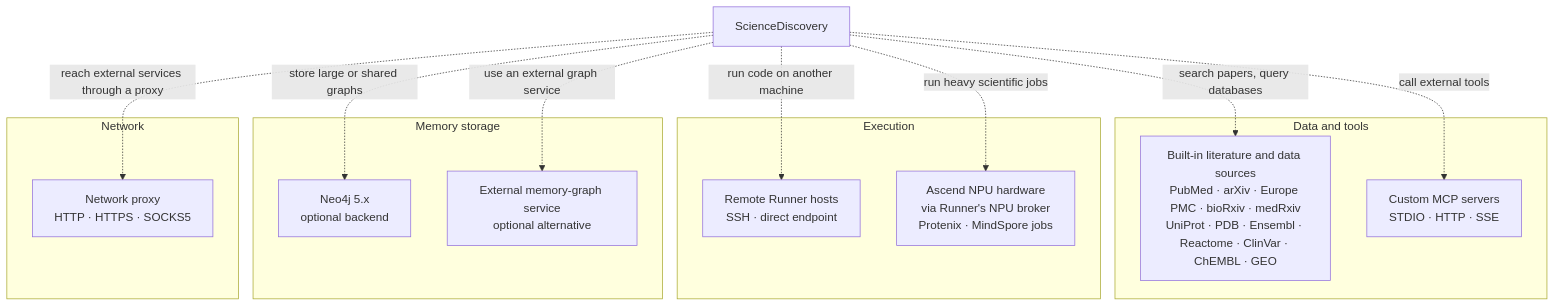
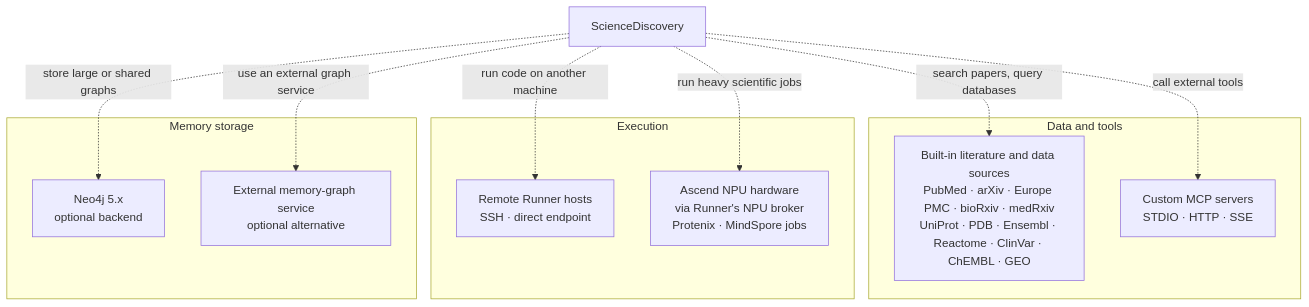
One commit to michaelatamuk/agentic-desk changed the second of 5 diagrams in company/sciencediscovery/overview.md. Above: the diagram before and after it, drawn with Mermaid. The commit also changed other lines of this file, not shown here.

Commit message:
docs(company): drop the generic network proxy from ScienceDiscovery extras

````diff
--- a/company/sciencediscovery/overview.md
+++ b/company/sciencediscovery/overview.md
@@ -80,31 +80,26 @@
 ```mermaid
 flowchart TD
   SD["ScienceDiscovery"]
 
   subgraph DATA["Data and tools"]
     L["Built-in literature and data sources<br/>PubMed · arXiv · Europe PMC · bioRxiv · medRxiv<br/>UniProt · PDB · Ensembl · Reactome · ClinVar · ChEMBL · GEO"]
     M["Custom MCP servers<br/>STDIO · HTTP · SSE"]
   end
 
   subgraph EXEC["Execution"]
     R["Remote Runner hosts<br/>SSH · direct endpoint"]
     NPU["Ascend NPU hardware<br/>via Runner's NPU broker<br/>Protenix · MindSpore jobs"]
   end
 
   subgraph MEM["Memory storage"]
     NEO["Neo4j 5.x<br/>optional backend"]
     EXT["External memory-graph service<br/>optional alternative"]
   end
 
-  subgraph NET["Network"]
-    P["Network proxy<br/>HTTP · HTTPS · SOCKS5"]
-  end
-
   SD -.->|"search papers, query databases"| L
   SD -.->|"call external tools"| M
   SD -.->|"run code on another machine"| R
   SD -.->|"run heavy scientific jobs"| NPU
   SD -.->|"store large or shared graphs"| NEO
   SD -.->|"use an external graph service"| EXT
-  SD -.->|"reach external services through a proxy"| P
 ```
````
